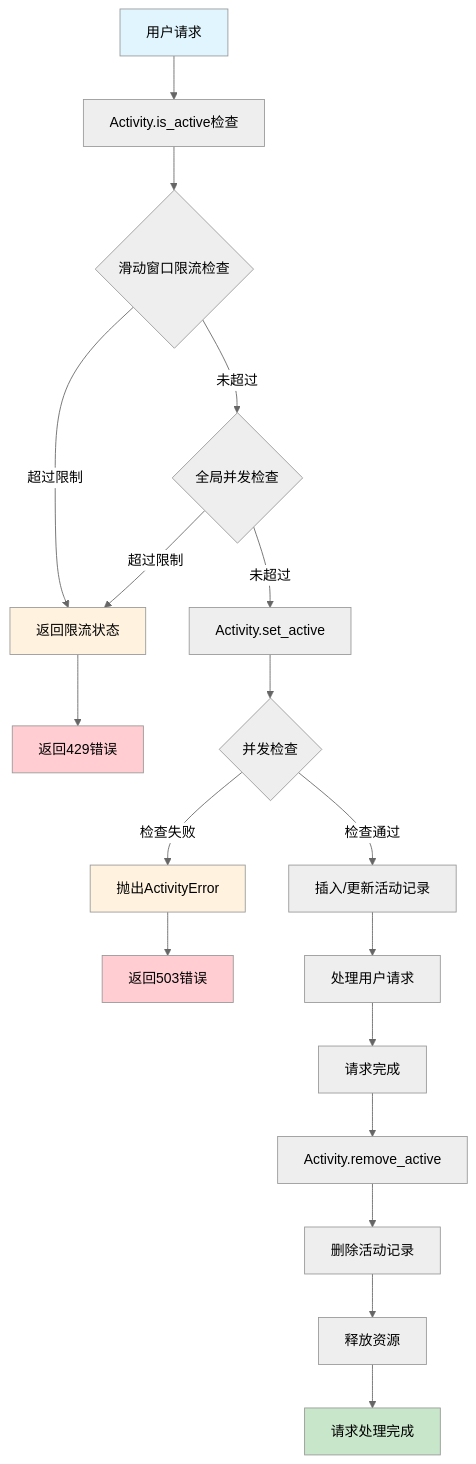
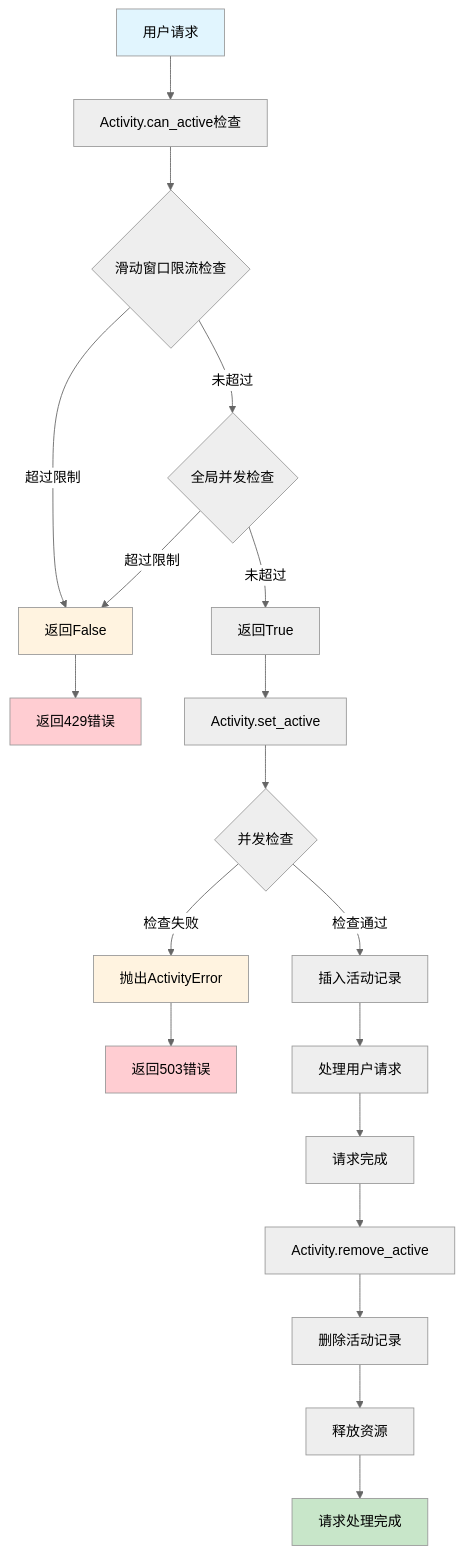
One commit to openeuler-mirror/euler-copilot-framework changed the third of 5 diagrams in design/services/activity.md. Above: the diagram before and after it, drawn with Mermaid (neutral theme). The commit also changed other lines of this file and 3 other files, not shown here.

````diff
--- a/design/services/activity.md
+++ b/design/services/activity.md
@@ -145,32 +160,34 @@
 ```mermaid
 flowchart TD
-    A[用户请求] --> B[Activity.is_active检查]
+    A[用户请求] --> B[Activity.can_active检查]
+
+    B --> C{滑动窗口限流检查}
+    C -->|超过限制| D[返回False]
+    C -->|未超过| E{全局并发检查}
+
+    E -->|超过限制| D
+    E -->|未超过| F[返回True]
+
+    F --> G[Activity.set_active]
     
-    B --> C{滑动窗口限流检查}
-    C -->|超过限制| D[返回限流状态]
-    C -->|未超过| E{全局并发检查}
-    
-    E -->|超过限制| D
-    E -->|未超过| F[Activity.set_active]
-    
-    F --> G{并发检查}
-    G -->|检查失败| H[抛出ActivityError]
-    G -->|检查通过| I[插入/更新活动记录]
-    
-    I --> J[处理用户请求]
-    J --> K[请求完成]
-    K --> L[Activity.remove_active]
-    L --> M[删除活动记录]
-    M --> N[释放资源]
-    
-    D --> O[返回429错误]
-    H --> P[返回503错误]
-    N --> Q[请求处理完成]
+    G --> H{并发检查}
+    H -->|检查失败| I[抛出ActivityError]
+    H -->|检查通过| J[插入活动记录]
+
+    J --> K[处理用户请求]
+    K --> L[请求完成]
+    L --> M[Activity.remove_active]
+    M --> N[删除活动记录]
+    N --> O[释放资源]
+
+    D --> P[返回429错误]
+    I --> Q[返回503错误]
+    O --> R[请求处理完成]
     
     style A fill:#e1f5fe
-    style Q fill:#c8e6c9
-    style O fill:#ffcdd2
+    style R fill:#c8e6c9
     style P fill:#ffcdd2
+    style Q fill:#ffcdd2
     style D fill:#fff3e0
-    style H fill:#fff3e0
+    style I fill:#fff3e0
 ```
````
